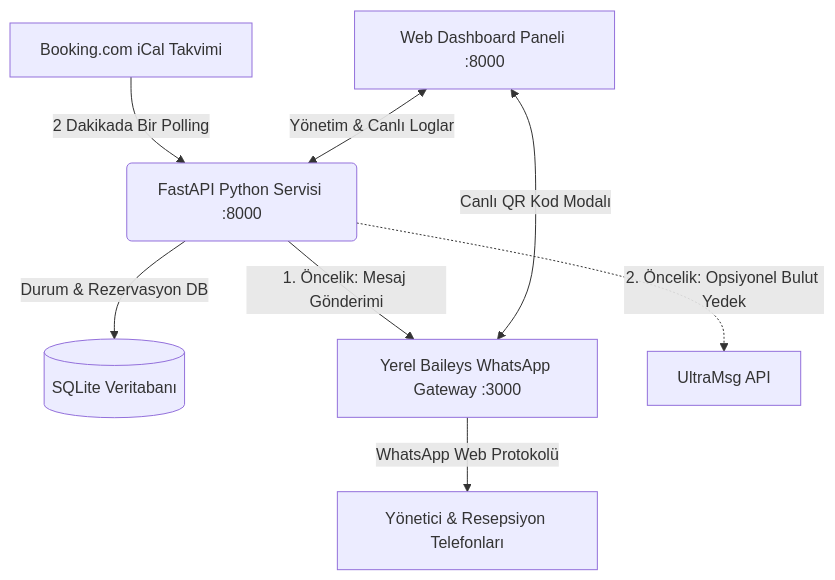
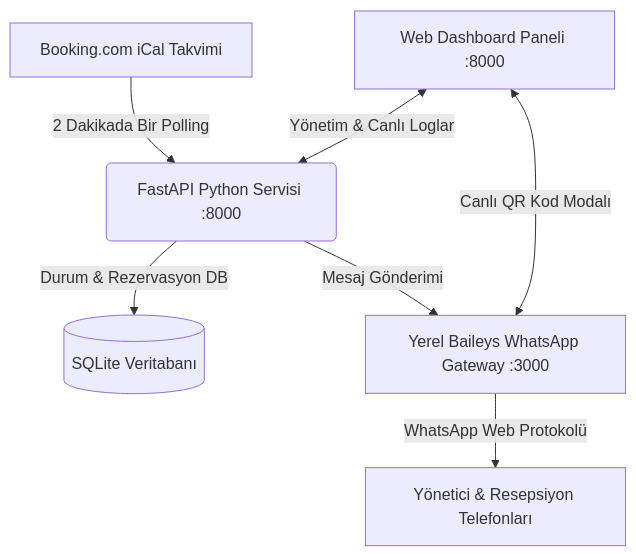
One commit to MrCoolice/booking-whatsapp-bot changed the second of 2 diagrams in README.md. Above: the diagram before and after it, drawn with Mermaid. The commit also changed other lines of this file and 2 other files, not shown here.

Commit message:
Refactor: Completely remove legacy UltraMsg from UI, backend and docs

````diff
--- a/README.md
+++ b/README.md
@@ -175,10 +172,9 @@
 ```mermaid
 graph TD
     A[Booking.com iCal Takvimi] -->|2 Dakikada Bir Polling| B(FastAPI Python Servisi :8000)
     B -->|Durum & Rezervasyon DB| C[(SQLite Veritabanı)]
-    B -->|1. Öncelik: Mesaj Gönderimi| D[Yerel Baileys WhatsApp Gateway :3000]
+    B -->|Mesaj Gönderimi| D[Yerel Baileys WhatsApp Gateway :3000]
     D -->|WhatsApp Web Protokolü| E[Yönetici & Resepsiyon Telefonları]
-    B -.->|2. Öncelik: Opsiyonel Bulut Yedek| F[UltraMsg API]
     G[Web Dashboard Paneli :8000] <-->|Canlı QR Kod Modalı| D
     G <-->|Yönetim & Canlı Loglar| B
 ```
````
